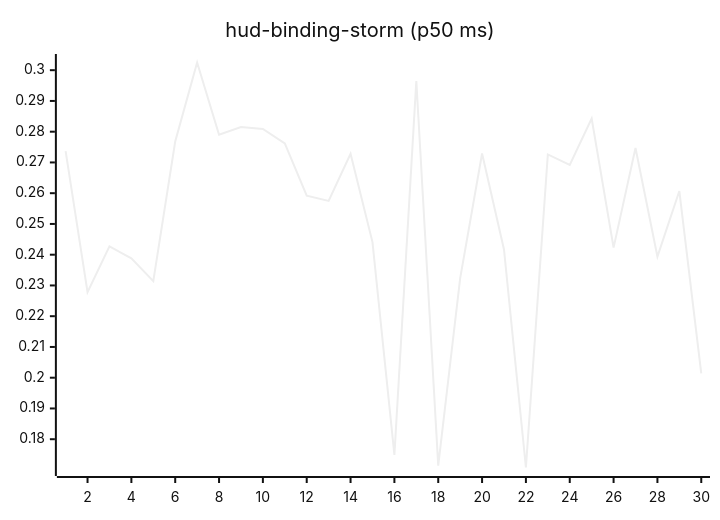
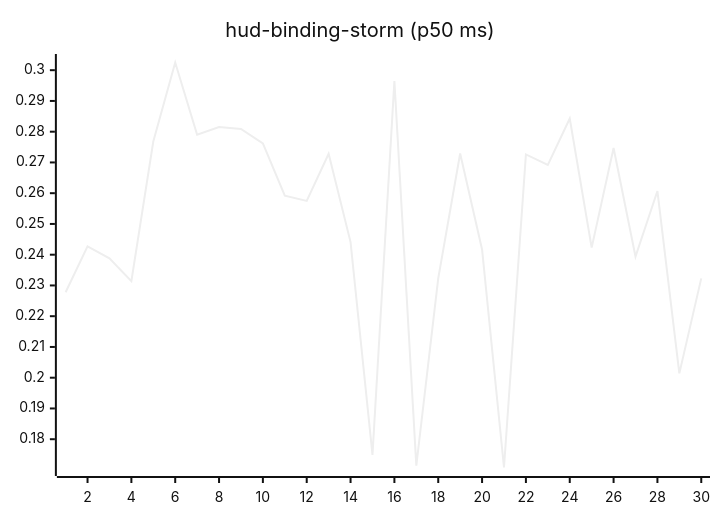
The tenth of 27 diagrams in README.md (josha/Facet), drawn with Mermaid (neutral theme) before and after one commit. The commit also changed other lines of this file and 2 other files, not shown here.

````diff
--- a/README.md
+++ b/README.md
@@ -126,6 +126,6 @@
 ```mermaid
 xychart-beta
     title "hud-binding-storm (p50 ms)"
     x-axis 1 --> 30
-    line [0.2737, 0.2278, 0.2427, 0.2388, 0.2314, 0.2768, 0.3025, 0.2790, 0.2815, 0.2809, 0.2762, 0.2592, 0.2575, 0.2728, 0.2441, 0.1749, 0.2965, 0.1714, 0.2323, 0.2729, 0.2417, 0.1708, 0.2726, 0.2692, 0.2843, 0.2423, 0.2747, 0.2394, 0.2607, 0.2014]
+    line [0.2278, 0.2427, 0.2388, 0.2314, 0.2768, 0.3025, 0.2790, 0.2815, 0.2809, 0.2762, 0.2592, 0.2575, 0.2728, 0.2441, 0.1749, 0.2965, 0.1714, 0.2323, 0.2729, 0.2417, 0.1708, 0.2726, 0.2692, 0.2843, 0.2423, 0.2747, 0.2394, 0.2607, 0.2014, 0.2323]
 ```
````
